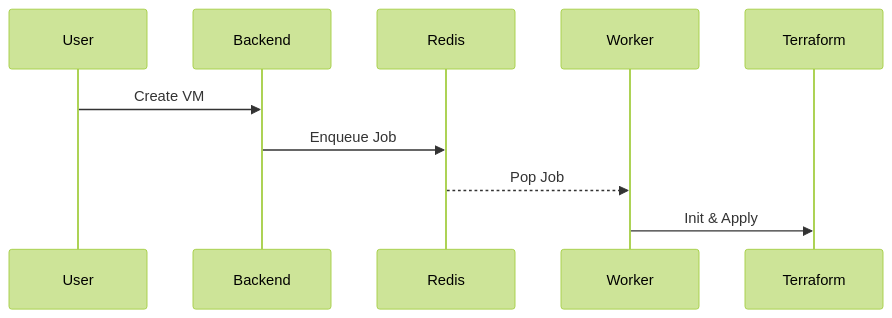
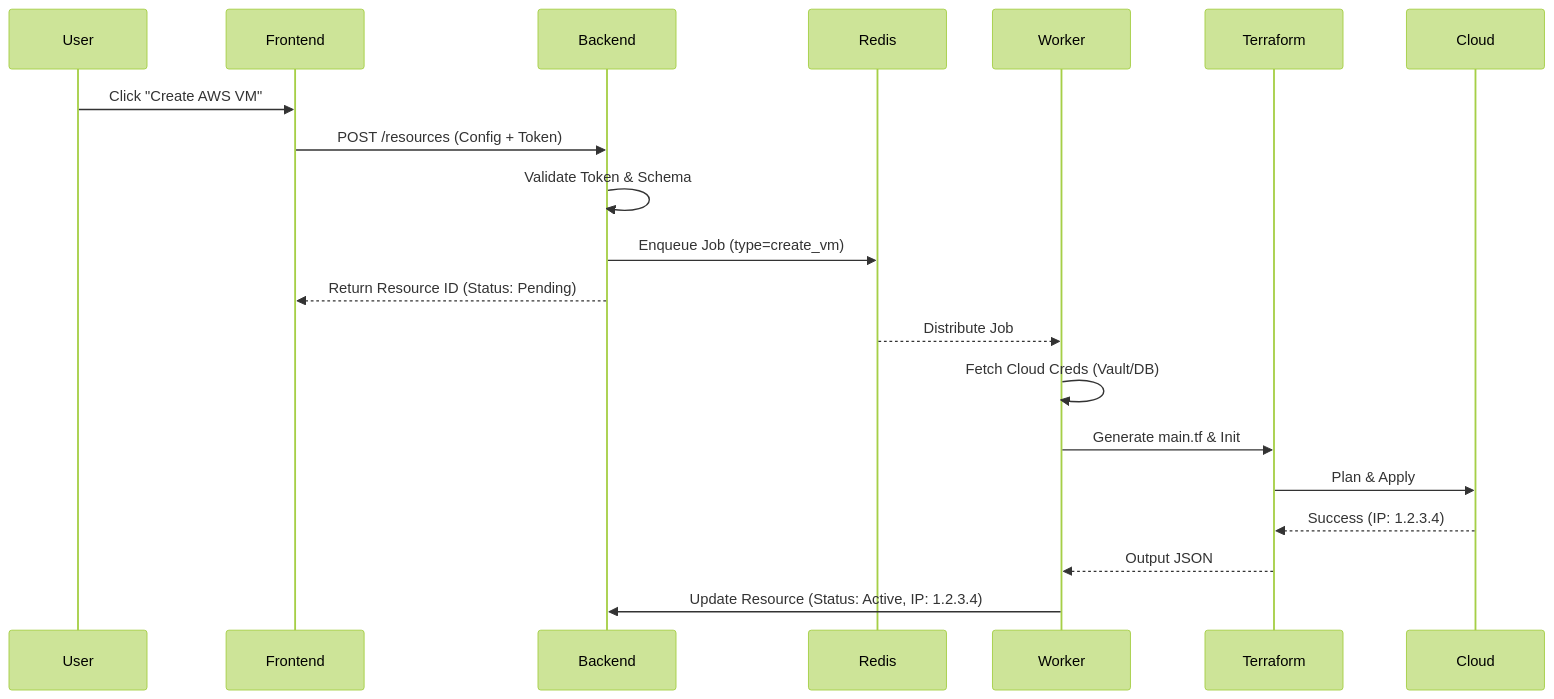
Before and after one commit to PriyanshuKSharma/multi-cloud: the third of 4 diagrams in README.md, drawn with Mermaid (forest theme). The commit also changed other lines of this file and 1 other file, not shown here.

````diff
--- a/README.md
+++ b/README.md
@@ -127,12 +141,24 @@
 ```mermaid
 sequenceDiagram
     participant User
+    participant Frontend
     participant Backend
     participant Redis
     participant Worker
     participant Terraform
-    User->>Backend: Create VM
-    Backend->>Redis: Enqueue Job
-    Redis-->>Worker: Pop Job
-    Worker->>Terraform: Init & Apply
+    participant Cloud
+
+    User->>Frontend: Click "Create AWS VM"
+    Frontend->>Backend: POST /resources (Config + Token)
+    Backend->>Backend: Validate Token & Schema
+    Backend->>Redis: Enqueue Job (type=create_vm)
+    Backend-->>Frontend: Return Resource ID (Status: Pending)
+
+    Redis-->>Worker: Distribute Job
+    Worker->>Worker: Fetch Cloud Creds (Vault/DB)
+    Worker->>Terraform: Generate main.tf & Init
+    Terraform->>Cloud: Plan & Apply
+    Cloud-->>Terraform: Success (IP: 1.2.3.4)
+    Terraform-->>Worker: Output JSON
+    Worker->>Backend: Update Resource (Status: Active, IP: 1.2.3.4)
 ```
````
